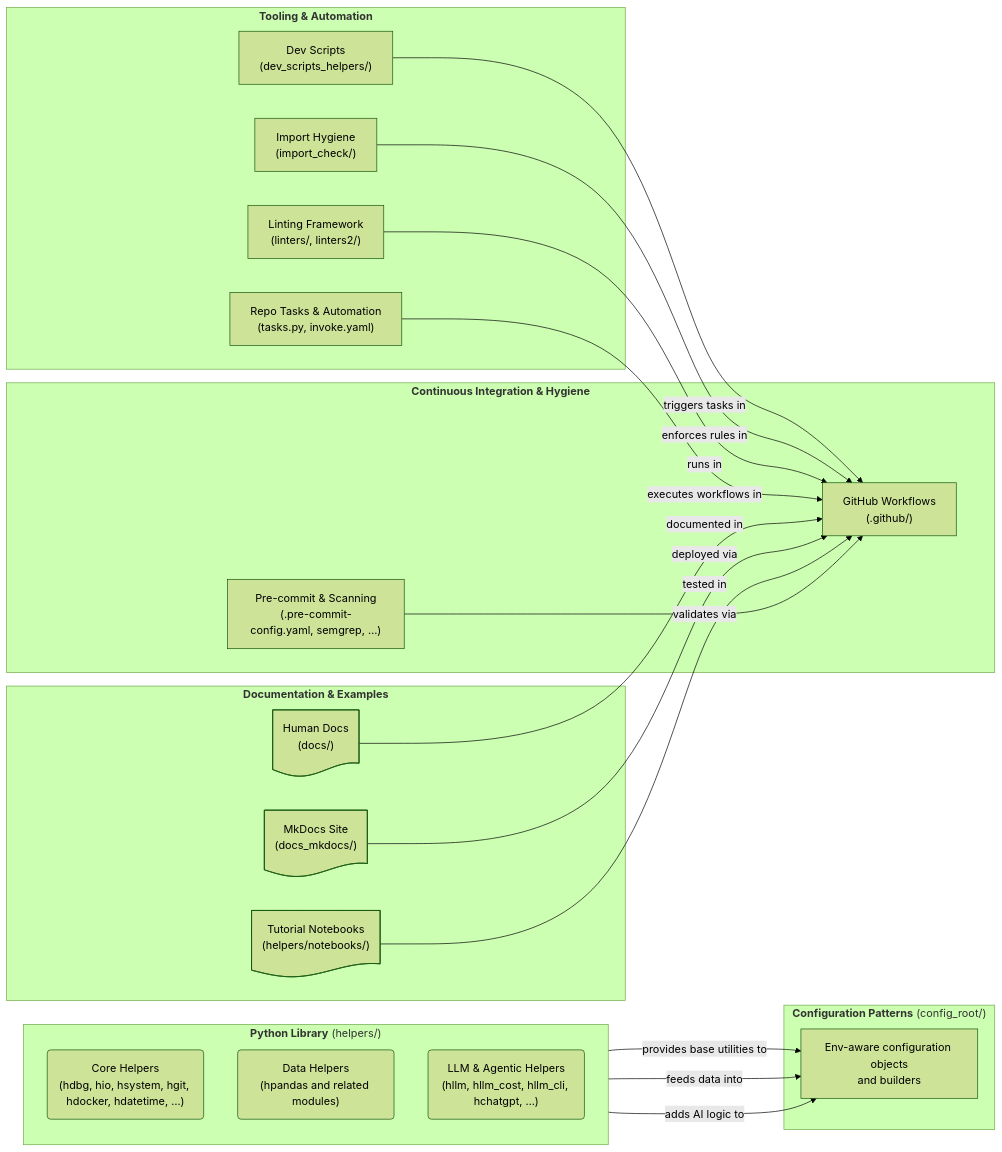
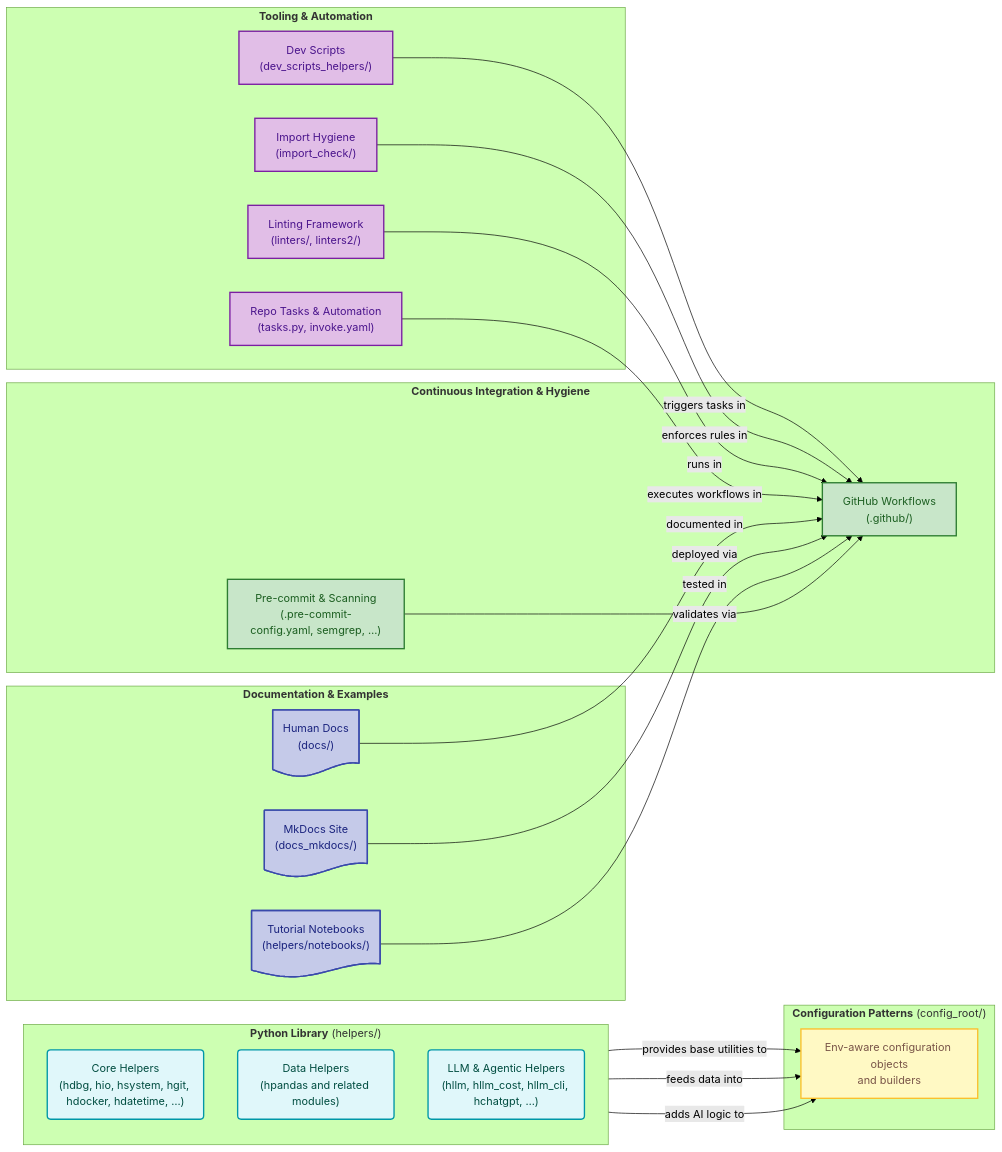
One commit to causify-ai/helpers changed the diagram in README.md. Above: the diagram before and after it, drawn with Mermaid (forest theme).

`````diff
--- a/README.md
+++ b/README.md
@@ -18,52 +18,70 @@
 ```mermaid
 flowchart LR
  subgraph Lib["`**Python Library** (helpers/)`"]
     direction TB
         Core["Core Helpers<br>(hdbg, hio, hsystem, hgit, hdocker, hdatetime, …)"]
         Data["Data Helpers<br>(hpandas and related modules)"]
         LLM["LLM & Agentic Helpers<br>(hllm, hllm_cost, hllm_cli, hchatgpt, …)"]
   end
  subgraph Config["`**Configuration Patterns** (config_root/)`"]
         Conf["Env-aware configuration objects<br>and builders"]
   end
  subgraph Tooling["`**Tooling & Automation**`"]
         Scripts@{ label: "Dev Scripts<br/>(dev_scripts_helpers/)" }
         Import@{ label: "Import Hygiene<br/>(import_check/)" }
         Linters@{ label: "Linting Framework<br/>(linters/, linters2/)" }
         Tasks@{ label: "Repo Tasks & Automation<br/>(tasks.py, invoke.yaml)" }
   end
  subgraph Docs["`**Documentation & Examples**`"]
         Human@{ label: "Human Docs<br/>(docs/)" }
         Mk@{ label: "MkDocs Site<br/>(docs_mkdocs/)" }
         NB@{ label: "Tutorial Notebooks<br/>(helpers/notebooks/)" }
   end
  subgraph CI["`**Continuous Integration & Hygiene**`"]
         GH@{ label: "GitHub Workflows<br/>(.github/)" }
         PC@{ label: "Pre-commit & Scanning<br/>(.pre-commit-config.yaml, semgrep, …)" }
   end
     Core -- provides base utilities to --> Conf
     Data -- feeds data into --> Conf
     LLM -- adds AI logic to --> Conf
     Scripts -- triggers tasks in --> GH
     Import -- enforces rules in --> GH
     Linters -- runs in --> GH
     Tasks -- executes workflows in --> GH
     Human -- documented in --> GH
     Mk -- deployed via --> GH
     NB -- tested in --> GH
     PC -- validates via --> GH
 
     Core@{ shape: rounded}
     Data@{ shape: rounded}
     LLM@{ shape: rounded}
     Conf@{ shape: rect}
     Scripts@{ shape: rect}
     Import@{ shape: rect}
     Linters@{ shape: rect}
     Tasks@{ shape: rect}
     Human@{ shape: doc}
     Mk@{ shape: doc}
     NB@{ shape: doc}
     GH@{ shape: rect}
     PC@{ shape: rect}
+     Core:::lib
+     Data:::lib
+     LLM:::lib
+     Conf:::config
+     Scripts:::tooling
+     Import:::tooling
+     Linters:::tooling
+     Tasks:::tooling
+     Human:::docs
+     Mk:::docs
+     NB:::docs
+     GH:::ci
+     PC:::ci
+    classDef lib fill:#e0f7fa,stroke:#0097a7,stroke-width:2px,color:#004d40
+    classDef config fill:#fff9c4,stroke:#fbc02d,stroke-width:2px,color:#795548
+    classDef tooling fill:#e1bee7,stroke:#7b1fa2,stroke-width:2px,color:#4a148c
+    classDef docs fill:#c5cae9,stroke:#3949ab,stroke-width:2px,color:#1a237e
+    classDef ci fill:#c8e6c9,stroke:#2e7d32,stroke-width:2px,color:#1b5e20
 ````
`````
